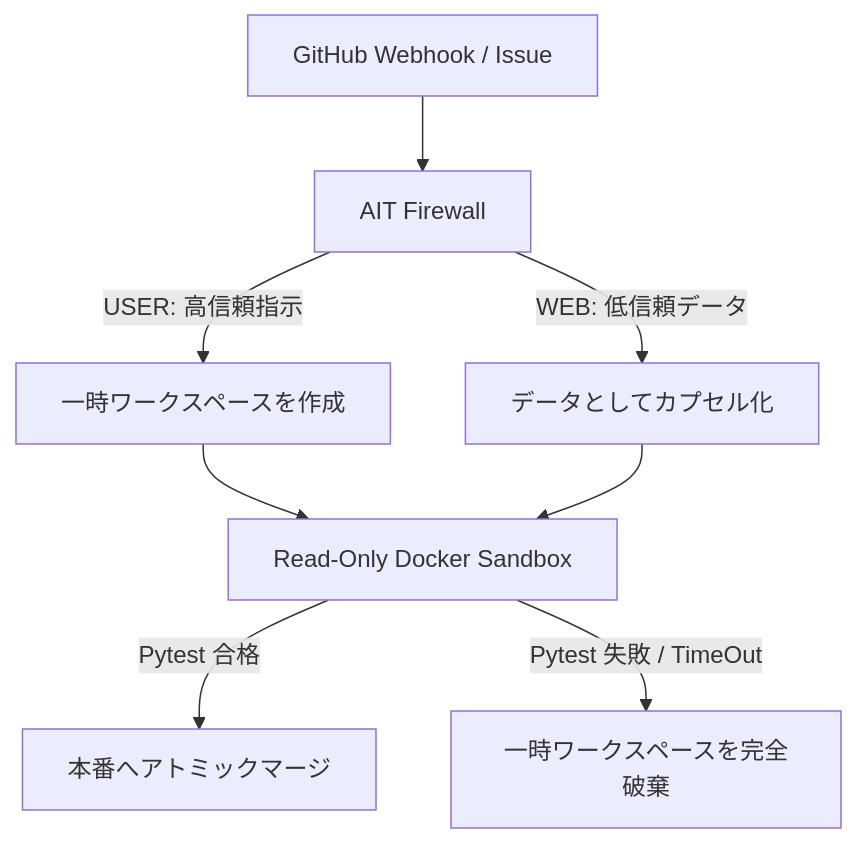
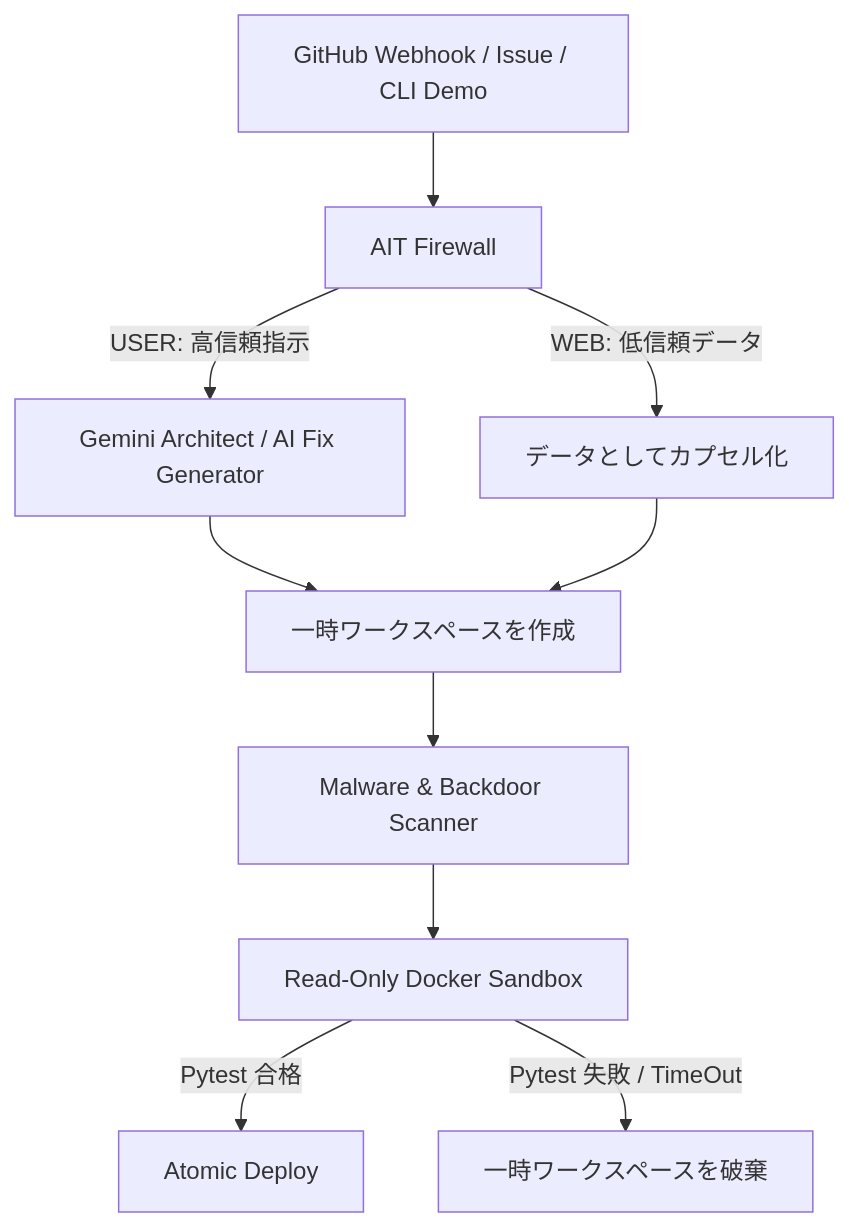
Before and after one commit to kagioneko-emi/cpos-engine-zero: the diagram in README.md, drawn with Mermaid. The commit also changed other lines of this file and 5 other files, not shown here.

````diff
--- a/README.md
+++ b/README.md
@@ -46,10 +48,12 @@
 ```mermaid
 graph TD
-    A[GitHub Webhook / Issue] --> B[AIT Firewall]
-    B -->|USER: 高信頼指示| C[一時ワークスペースを作成]
+    A[GitHub Webhook / Issue / CLI Demo] --> B[AIT Firewall]
+    B -->|USER: 高信頼指示| C[Gemini Architect / AI Fix Generator]
     B -->|WEB: 低信頼データ| D[データとしてカプセル化]
-    C --> E[Read-Only Docker Sandbox]
+    C --> E[一時ワークスペースを作成]
     D --> E
-    E -->|Pytest 合格| F[本番へアトミックマージ]
-    E -->|Pytest 失敗 / TimeOut| G[一時ワークスペースを完全破棄]
+    E --> H[Malware & Backdoor Scanner]
+    H --> I[Read-Only Docker Sandbox]
+    I -->|Pytest 合格| F[Atomic Deploy]
+    I -->|Pytest 失敗 / TimeOut| G[一時ワークスペースを破棄]
 ```
````
